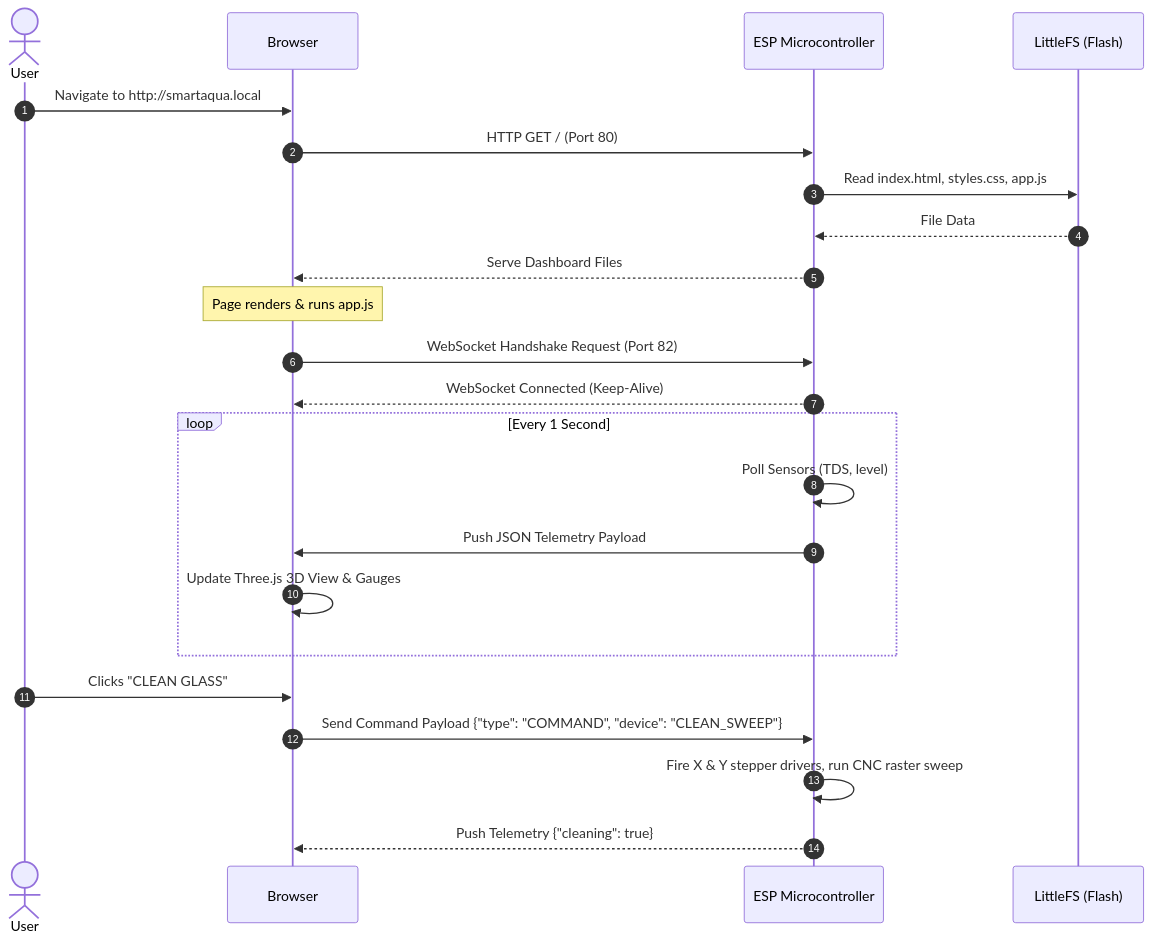
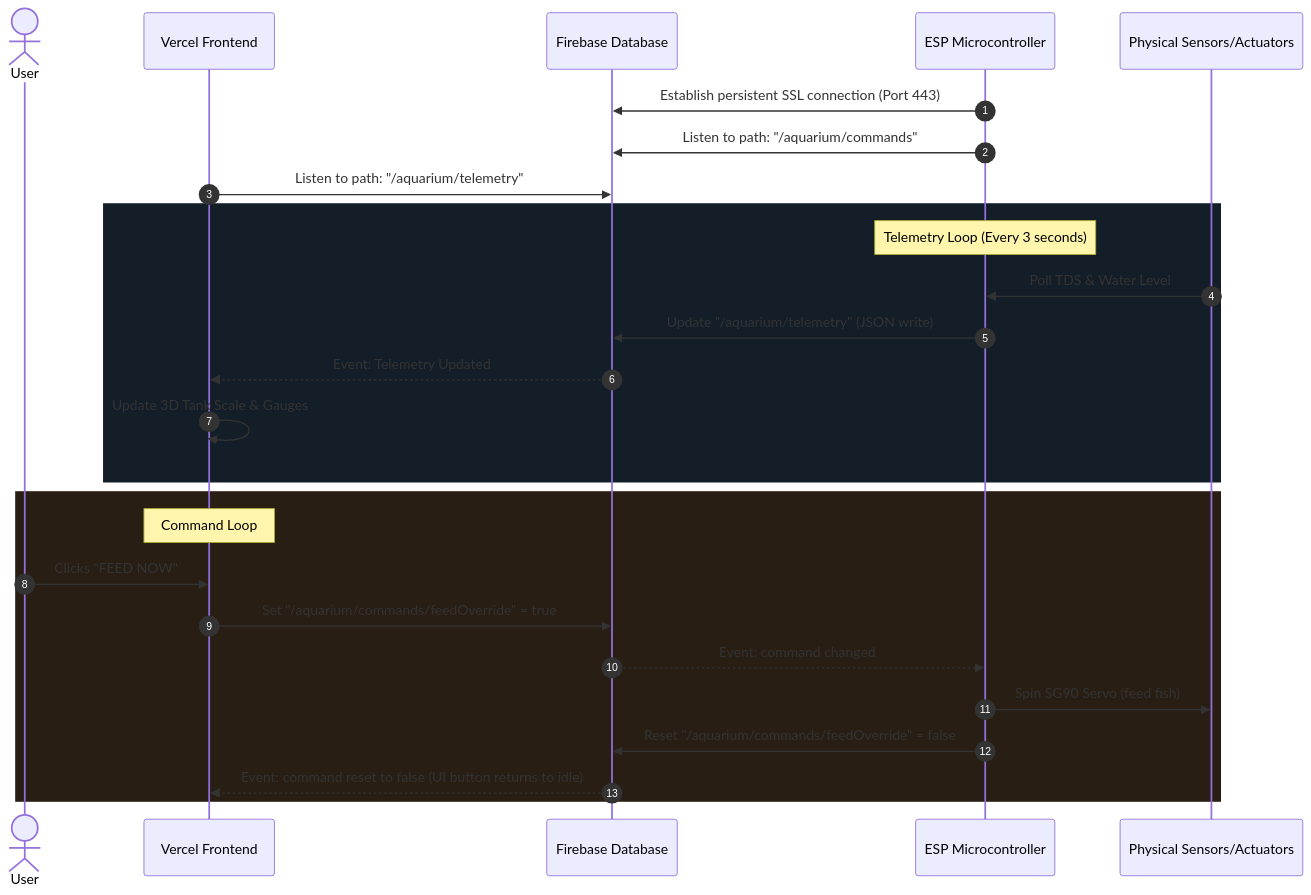
The diagram in connectivity/communication_plan.md (anjanadulan/Smart-Aqua-Manage-Bot), drawn with Mermaid before and after one commit. The commit also changed other lines of this file, not shown here.

Commit message:
docs: update communication plan to use Firebase and Vercel global architecture

````diff
--- a/connectivity/communication_plan.md
+++ b/connectivity/communication_plan.md
@@ -99,29 +78,31 @@
 ```mermaid
 sequenceDiagram
     autonumber
     actor User
-    participant Browser
+    participant Browser as Vercel Frontend
+    participant DB as Firebase Database
     participant ESP as ESP Microcontroller
-    participant Flash as LittleFS (Flash)
+    participant Hard as Physical Sensors/Actuators
 
-    User->>Browser: Navigate to http://smartaqua.local
-    Browser->>ESP: HTTP GET / (Port 80)
-    ESP->>Flash: Read index.html, styles.css, app.js
-    Flash-->>ESP: File Data
-    ESP-->>Browser: Serve Dashboard Files
-    
-    Note over Browser: Page renders & runs app.js
-    Browser->>ESP: WebSocket Handshake Request (Port 82)
-    ESP-->>Browser: WebSocket Connected (Keep-Alive)
-    
-    loop Every 1 Second
-        ESP->>ESP: Poll Sensors (TDS, level)
-        ESP->>Browser: Push JSON Telemetry Payload
-        Browser->>Browser: Update Three.js 3D View & Gauges
+    ESP->>DB: Establish persistent SSL connection (Port 443)
+    ESP->>DB: Listen to path: "/aquarium/commands"
+    Browser->>DB: Listen to path: "/aquarium/telemetry"
+
+    rect rgb(20, 30, 40)
+        Note over ESP: Telemetry Loop (Every 3 seconds)
+        Hard->>ESP: Poll TDS & Water Level
+        ESP->>DB: Update "/aquarium/telemetry" (JSON write)
+        DB-->>Browser: Event: Telemetry Updated
+        Browser->>Browser: Update 3D Tank Scale & Gauges
     end
 
-    User->>Browser: Clicks "CLEAN GLASS"
-    Browser->>ESP: Send Command Payload {"type": "COMMAND", "device": "CLEAN_SWEEP"}
-    ESP->>ESP: Fire X & Y stepper drivers, run CNC raster sweep
-    ESP-->>Browser: Push Telemetry {"cleaning": true}
+    rect rgb(40, 30, 20)
+        Note over Browser: Command Loop
+        User->>Browser: Clicks "FEED NOW"
+        Browser->>DB: Set "/aquarium/commands/feedOverride" = true
+        DB-->>ESP: Event: command changed
+        ESP->>Hard: Spin SG90 Servo (feed fish)
+        ESP->>DB: Reset "/aquarium/commands/feedOverride" = false
+        DB-->>Browser: Event: command reset to false (UI button returns to idle)
+    end
 ```
````
